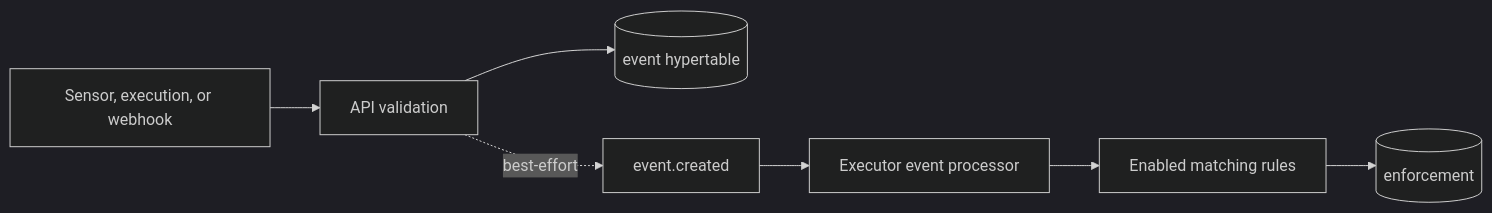
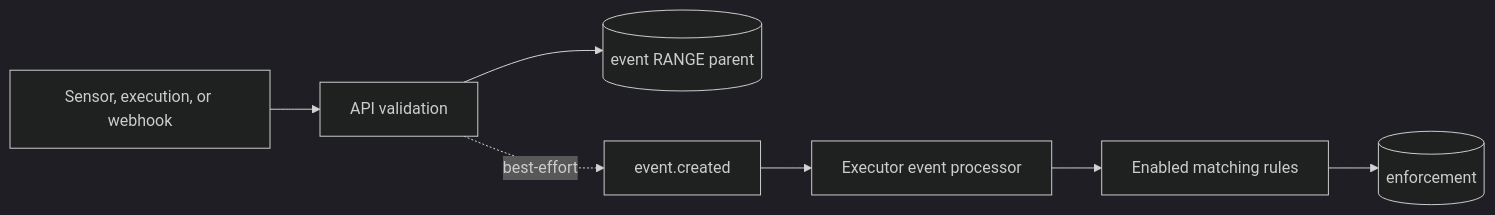
Before and after one commit to attune-system/attune-docs-site: the diagram in src/content/docs/internal-implementation/data-structures/events.md, drawn with Mermaid (dark theme). The commit also changed other lines of this file and 34 other files, not shown here.

Commit message:
Release documentation 0.1.14 with current contracts and secure diagrams (#12)

````diff
--- a/src/content/docs/internal-implementation/data-structures/events.md
+++ b/src/content/docs/internal-implementation/data-structures/events.md
@@ -34,9 +34,9 @@
 ```mermaid
 flowchart LR
     Producer[Sensor, execution, or webhook] --> API[API validation]
-    API --> E[(event hypertable)]
+    API --> E[(event RANGE parent)]
     API -. best-effort .-> MQ[event.created]
     MQ --> EP[Executor event processor]
     EP --> R[Enabled matching rules]
     R --> F[(enforcement)]
 ```
````
